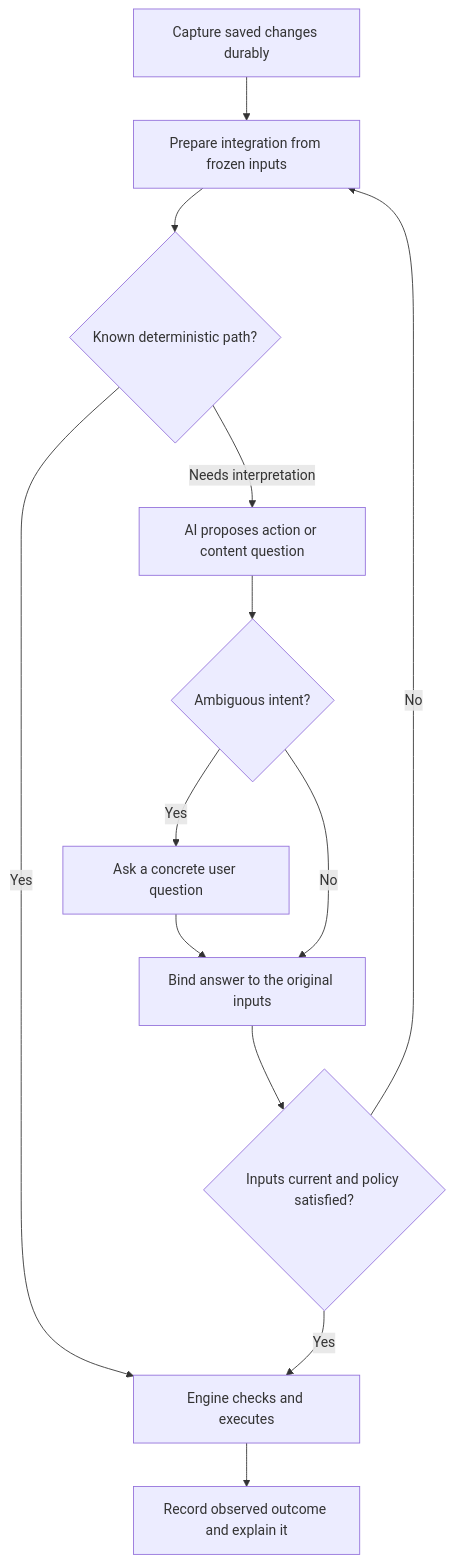
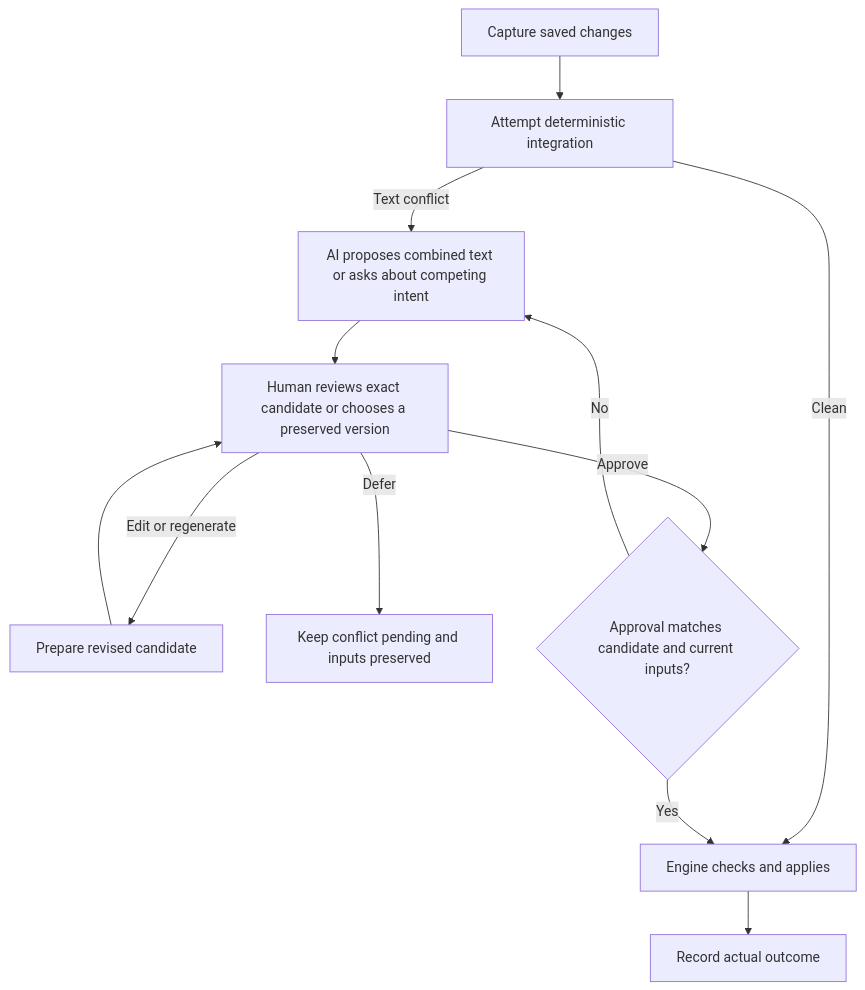
Before and after one commit to kaimys/dispatch-mesh-llm-wiki: the diagram in 04_Discovery/AI-managed synchronization and human decisions.md, drawn with Mermaid. The commit also changed other lines of this file and 4 other files, not shown here.

First line of the commit message:
docs: define human-approved AI conflict proposals and add US00004

````diff
--- a/04_Discovery/AI-managed synchronization and human decisions.md
+++ b/04_Discovery/AI-managed synchronization and human decisions.md
@@ -142,15 +167,14 @@
 ```mermaid
 flowchart TD
-    A[Capture saved changes durably] --> B[Prepare integration from frozen inputs]
-    B --> C{Known deterministic path?}
-    C -->|Yes| D[Engine checks and executes]
-    C -->|Needs interpretation| E[AI proposes action or content question]
-    E --> F{Ambiguous intent?}
-    F -->|Yes| G[Ask a concrete user question]
-    G --> H[Bind answer to the original inputs]
-    F -->|No| H
-    H --> I{Inputs current and policy satisfied?}
-    I -->|No| B
-    I -->|Yes| D
-    D --> J[Record observed outcome and explain it]
+    A[Capture saved changes] --> B[Attempt deterministic integration]
+    B -->|Clean| C[Engine checks and applies]
+    B -->|Text conflict| D[AI proposes combined text or asks about competing intent]
+    D --> E[Human reviews exact candidate or chooses a preserved version]
+    E -->|Edit or regenerate| F[Prepare revised candidate]
+    F --> E
+    E -->|Defer| G[Keep conflict pending and inputs preserved]
+    E -->|Approve| H{Approval matches candidate and current inputs?}
+    H -->|No| D
+    H -->|Yes| C
+    C --> I[Record actual outcome]
 ```
````
